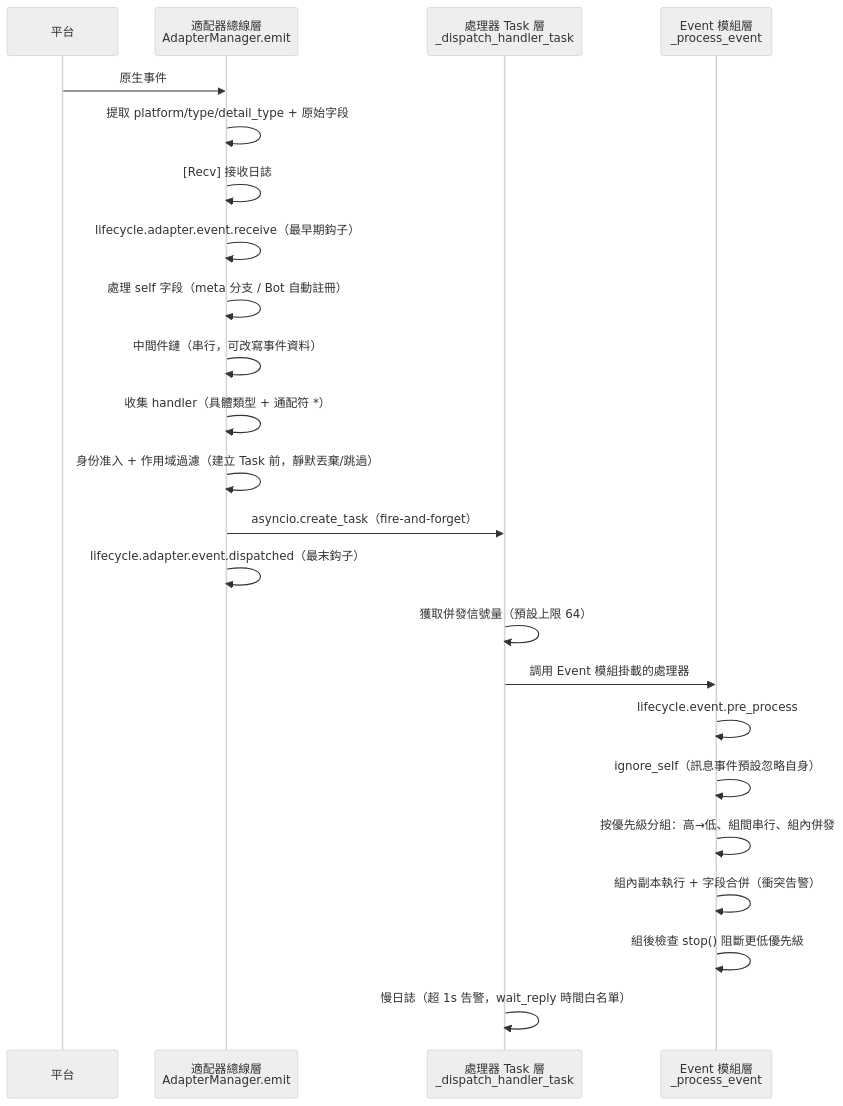
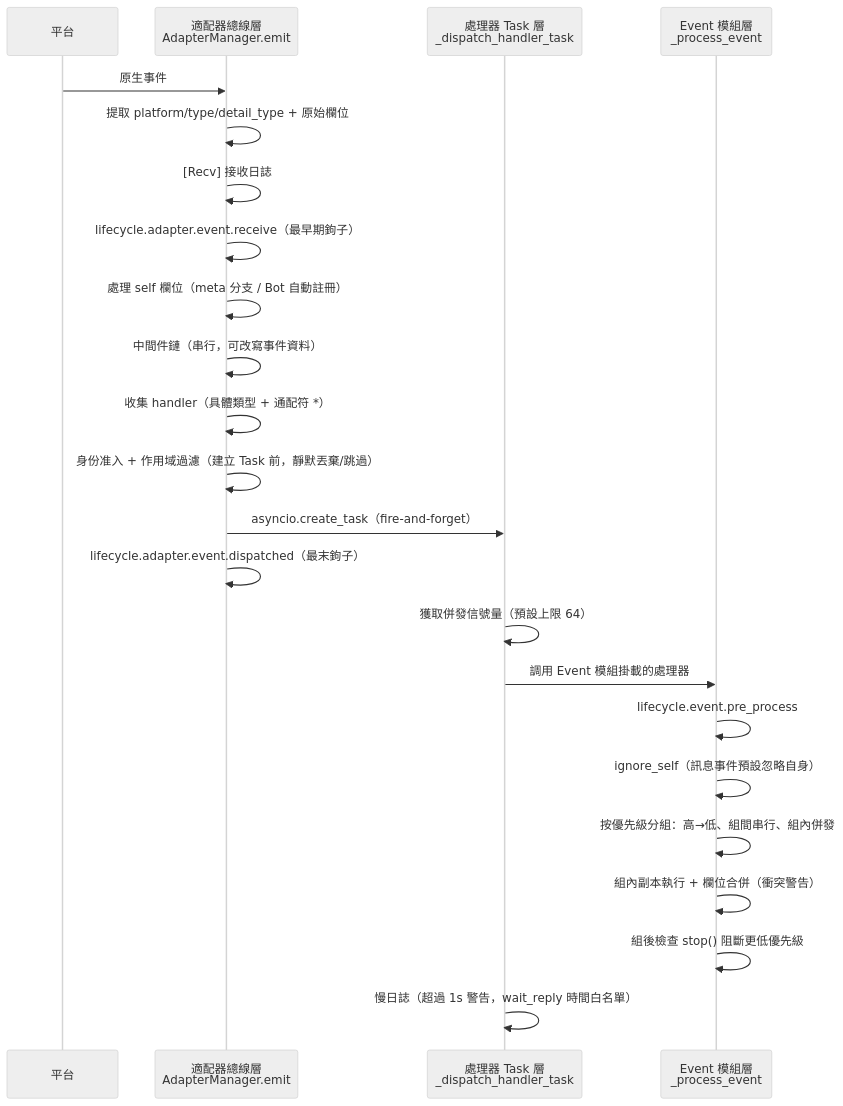
One commit to ErisPulse/ErisPulse changed the fourth of 9 diagrams in docs/zh-TW/architecture.md. Above: the diagram before and after it, drawn with Mermaid (neutral theme). The commit also changed other lines of this file and 622 other files, not shown here.

````diff
--- a/docs/zh-TW/architecture.md
+++ b/docs/zh-TW/architecture.md
@@ -109,26 +109,26 @@
 ```mermaid
 sequenceDiagram
     participant P as 平台
     participant A as 適配器總線層<br/>AdapterManager.emit
     participant T as 處理器 Task 層<br/>_dispatch_handler_task
     participant E as Event 模組層<br/>_process_event
 
     P->>A: 原生事件
-    A->>A: 提取 platform/type/detail_type + 原始字段
+    A->>A: 提取 platform/type/detail_type + 原始欄位
     A->>A: [Recv] 接收日誌
-    A->>A: lifecycle.adapter.event.receive（最早期鈎子）
-    A->>A: 處理 self 字段（meta 分支 / Bot 自動註冊）
+    A->>A: lifecycle.adapter.event.receive（最早期鉤子）
+    A->>A: 處理 self 欄位（meta 分支 / Bot 自動註冊）
     A->>A: 中間件鏈（串行，可改寫事件資料）
     A->>A: 收集 handler（具體類型 + 通配符 *）
     A->>A: 身份准入 + 作用域過濾（建立 Task 前，靜默丟棄/跳過）
     A->>T: asyncio.create_task（fire-and-forget）
-    A->>A: lifecycle.adapter.event.dispatched（最末鈎子）
+    A->>A: lifecycle.adapter.event.dispatched（最末鉤子）
     T->>T: 獲取併發信號量（預設上限 64）
     T->>E: 調用 Event 模組掛載的處理器
     E->>E: lifecycle.event.pre_process
     E->>E: ignore_self（訊息事件預設忽略自身）
     E->>E: 按優先級分組：高→低、組間串行、組內併發
-    E->>E: 組內副本執行 + 字段合併（衝突告警）
+    E->>E: 組內副本執行 + 欄位合併（衝突警告）
     E->>E: 組後檢查 stop() 阻斷更低優先級
-    T->>T: 慢日誌（超 1s 告警，wait_reply 時間白名單）
+    T->>T: 慢日誌（超過 1s 警告，wait_reply 時間白名單）
 ```
````
